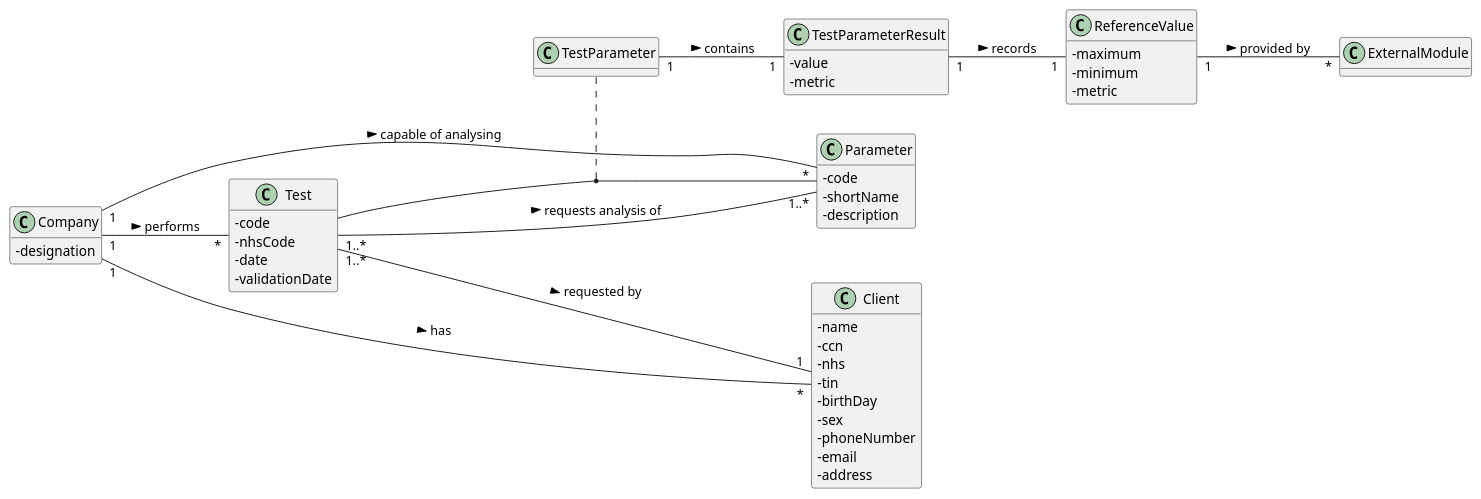
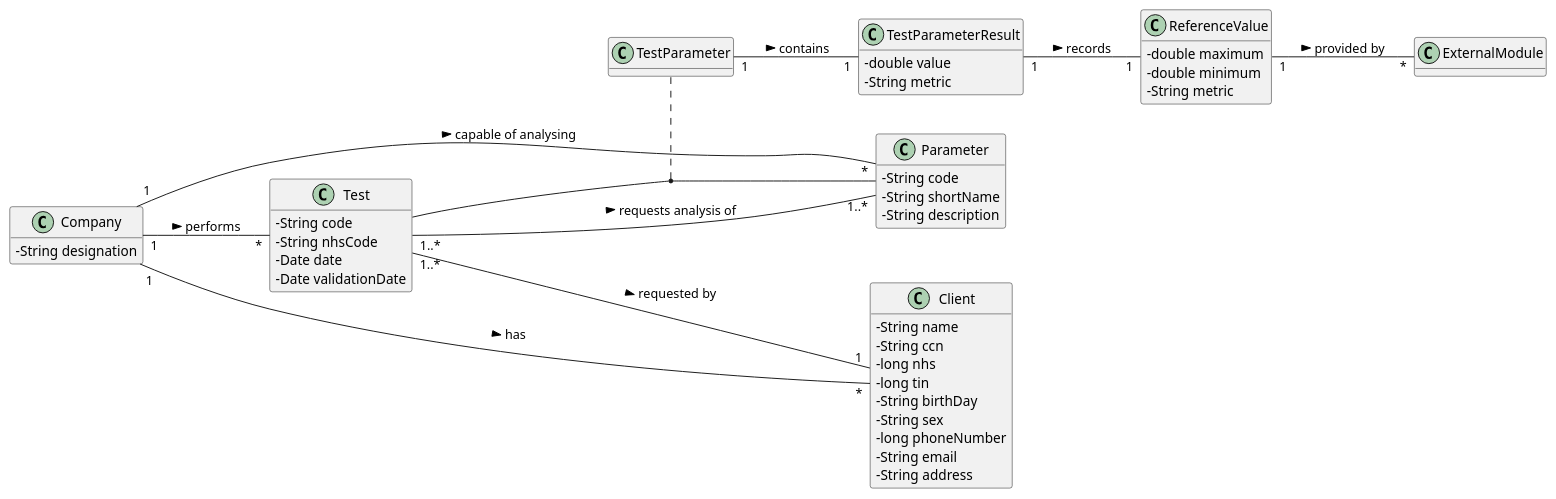
One commit to Pedromaia26/LAPR2-ISEP changed the diagram in docs/SprintD/US1_CheckTests/US001_MD.puml. Above: the diagram before and after it, drawn with PlantUML. The commit also changed 5 other files, not shown here.

```diff
--- a/docs/SprintD/US1_CheckTests/US001_MD.puml
+++ b/docs/SprintD/US1_CheckTests/US001_MD.puml
@@ -1,72 +1,75 @@
 @startuml
 'https://plantuml.com/class-diagram
 
 hide methods
 left to right direction
 skinparam classAttributeIconSize 0
 
 class Company
 class Test
 class ReferenceValue
 interface ExternalModule
 class Parameter
 class TestParameter
 class TestParameterResult
 class Client
 
 Company "1" -- "*" Test: performs >
 Company "1" -- "*" Parameter: capable of analysing >
 (Test, Parameter) . TestParameter
 TestParameter "1" -- "1" TestParameterResult: contains >
 TestParameterResult "1" -- "1" ReferenceValue: records >
 ReferenceValue "1" -- "*" ExternalModule: provided by >
 Company "1" -- "*" Client: has >
 Test "1..*" --- "1" Client: requested by >
 Test "1..*" -- "1..*" Parameter: requests analysis of >
 
 class Company {
- -designation
+ -String designation
 }
 
-class Test {
- -code
- -nhsCode
- -date
- -validationDate
+class Test{
+ -String code
+ -String nhsCode
+ -Date date
+ -Date validationDate
 }
 
 class ReferenceValue{
- -maximum
- -minimum
- -metric
+ -double maximum
+ -double minimum
+ -String metric
 }
 
 class ExternalModule {
 
 
 }
 
+
 class Client{
- -name
- -ccn
- -nhs
- -tin
- -birthDay
- -sex
- -phoneNumber
- -email
- -address
+ -String name
+ -String ccn
+ -long nhs
+ -long tin
+ -String birthDay
+ -String sex
+ -long phoneNumber
+ -String email
+ -String address
 }
 
+
 class Parameter{
--code
--shortName
--description
+-String code
+-String shortName
+-String description
 }
 
 class TestParameterResult{
--value
--metric
+-double value
+-String metric
 }
 
+
 @enduml
```
